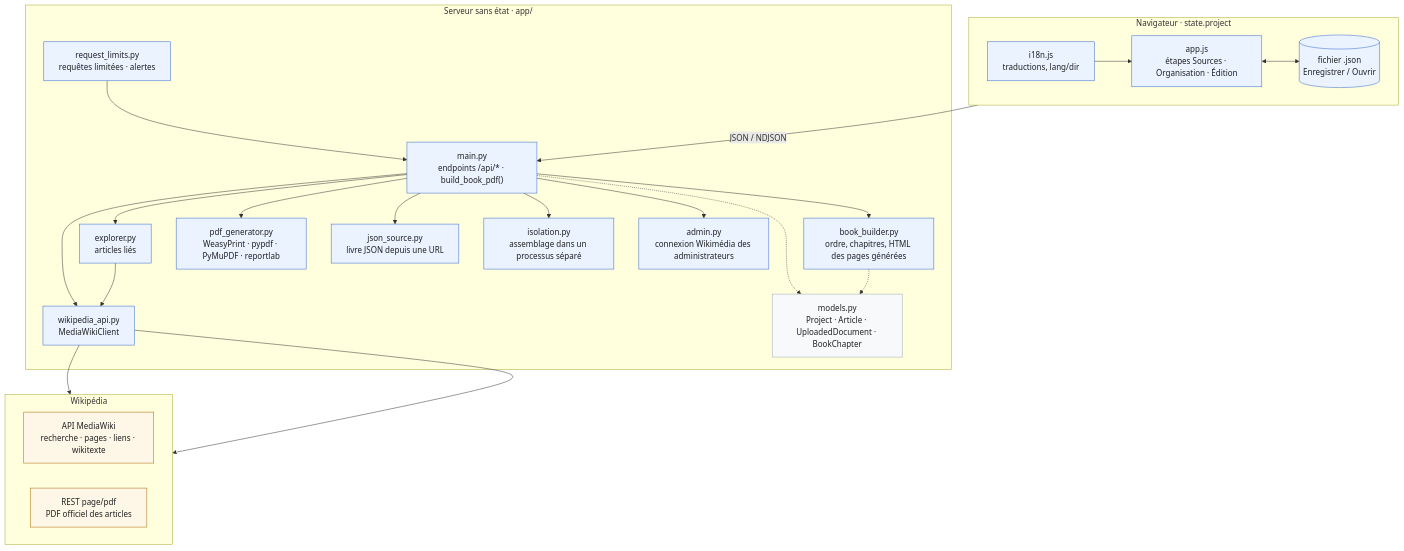
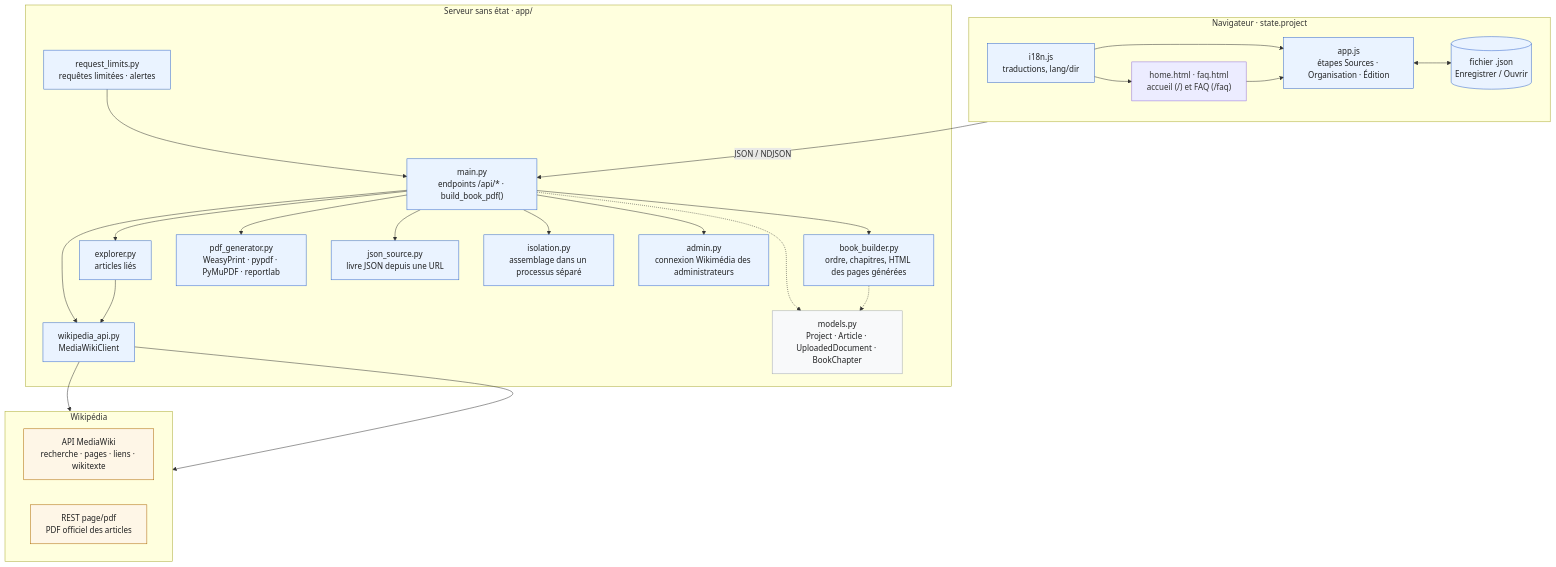
One commit to gmoulard/wikipedia2book changed the first of 2 diagrams in docs/TechnicalSpec.fr.md. Above: the diagram before and after it, drawn with Mermaid. The commit also changed other lines of this file and 18 other files, not shown here.

First line of the commit message:
1.15.0 : page d'accueil, FAQ et application à /app

````diff
--- a/docs/TechnicalSpec.fr.md
+++ b/docs/TechnicalSpec.fr.md
@@ -568,52 +568,55 @@
 ```mermaid
 flowchart TB
     subgraph Browser["Navigateur · state.project"]
         direction LR
         I18N["i18n.js<br/>traductions, lang/dir"]
         APP["app.js<br/>étapes Sources · Organisation · Édition"]
         FILE[("fichier .json<br/>Enregistrer / Ouvrir")]
+        HOME["home.html · faq.html<br/>accueil (/) et FAQ (/faq)"]
         I18N --> APP
+        I18N --> HOME
+        HOME --> APP
         APP <--> FILE
     end
 
     subgraph Server["Serveur sans état · app/"]
         MAIN["main.py<br/>endpoints /api/* · build_book_pdf()"]
         EXPL["explorer.py<br/>articles liés"]
         BB["book_builder.py<br/>ordre, chapitres, HTML des pages générées"]
         PDFG["pdf_generator.py<br/>WeasyPrint · pypdf · PyMuPDF · reportlab"]
         WAPI["wikipedia_api.py<br/>MediaWikiClient"]
         JSRC["json_source.py<br/>livre JSON depuis une URL"]
         GUARD["request_limits.py<br/>requêtes limitées · alertes"]
         GUARD --> MAIN
         MODELS["models.py<br/>Project · Article · UploadedDocument · BookChapter"]
         MAIN --> EXPL
         MAIN --> BB
         ISO["isolation.py<br/>assemblage dans un processus séparé"]
         ADM["admin.py<br/>connexion Wikimédia des administrateurs"]
         MAIN --> ADM
         MAIN --> ISO
         MAIN --> PDFG
         MAIN --> WAPI
         MAIN --> JSRC
         EXPL --> WAPI
     end
 
     subgraph Wikipedia["Wikipédia"]
         direction LR
         MW["API MediaWiki<br/>recherche · pages · liens · wikitexte"]
         REST["REST page/pdf<br/>PDF officiel des articles"]
     end
 
     APP -- "JSON / NDJSON" --> MAIN
     WAPI --> MW
     WAPI --> REST
     MAIN -.-> MODELS
     BB -.-> MODELS
 
     classDef app fill:#eaf3ff,stroke:#3366cc,color:#202122
     classDef wiki fill:#fef6e7,stroke:#ac6600,color:#202122
     classDef shared fill:#f8f9fa,stroke:#a2a9b1,color:#202122
     class I18N,APP,FILE,MAIN,EXPL,BB,PDFG,WAPI,ISO,JSRC,ADM,GUARD app
     class MW,REST wiki
     class MODELS shared
 ```
````
